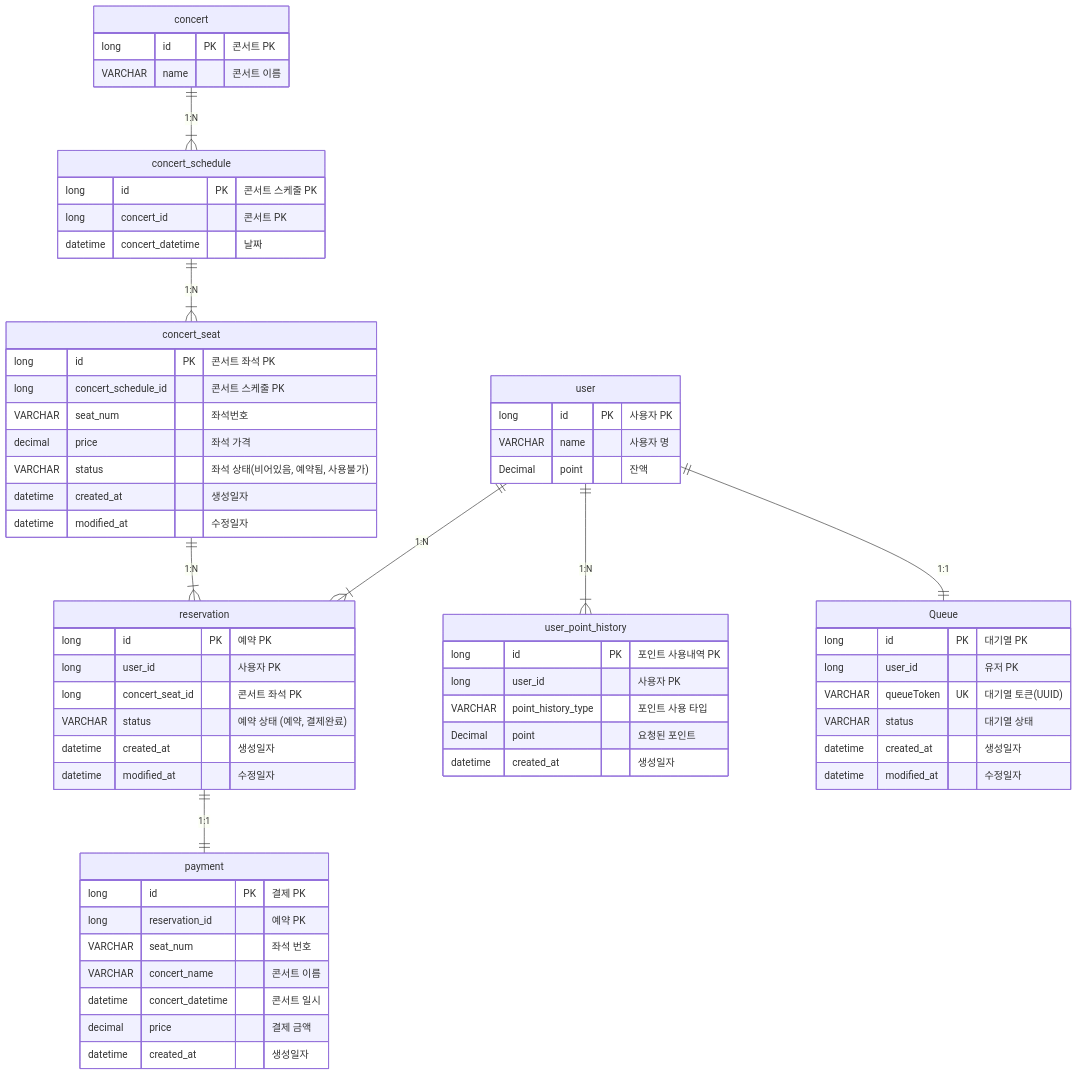
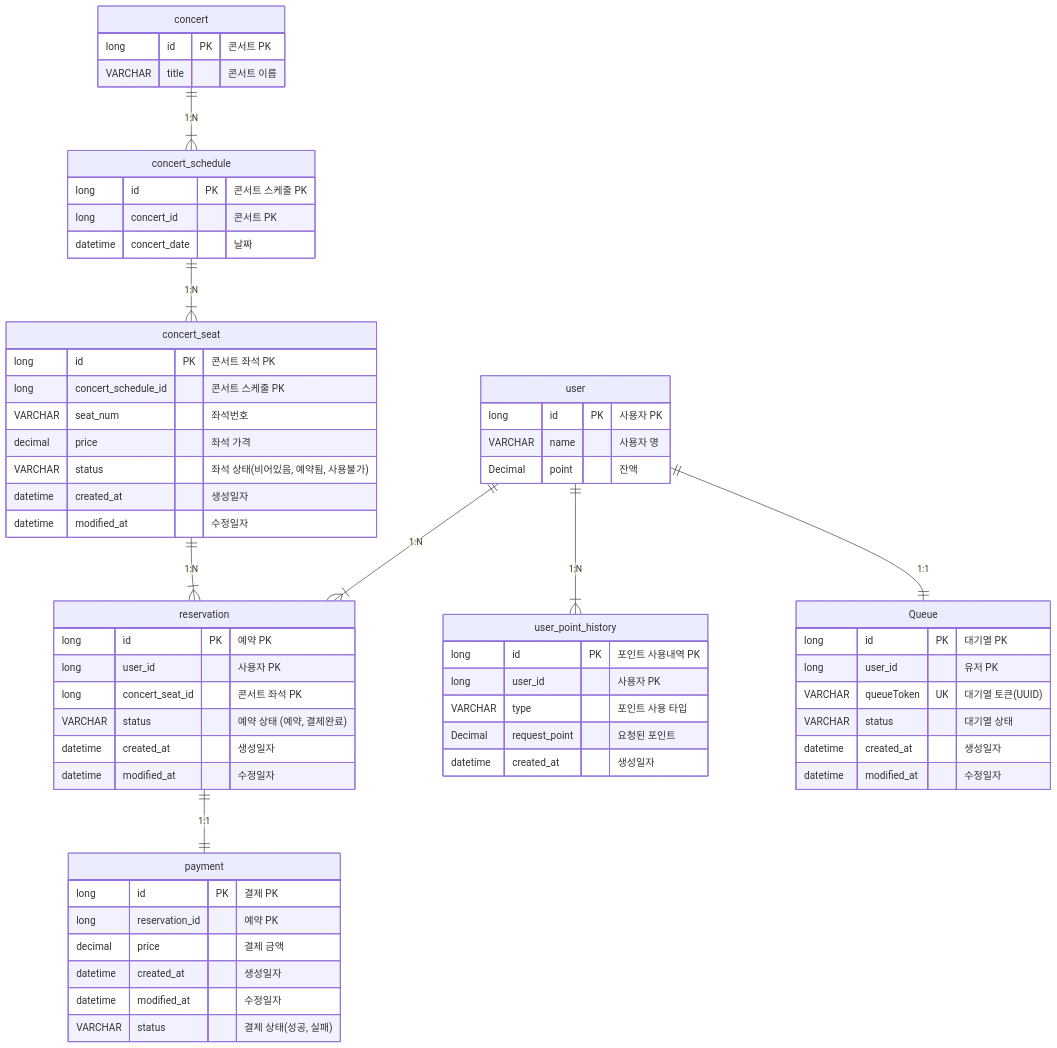
The diagram in README.md (wn1331/Concert-Reservation-Service), drawn with Mermaid before and after one commit. The commit also changed 1 other file, not shown here.

Commit message:
feat : ERD수정

````diff
--- a/README.md
+++ b/README.md
@@ -31,72 +31,71 @@
 ```mermaid
 erDiagram
     concert ||--|{ concert_schedule: "1:N"
     concert_schedule ||--|{ concert_seat: "1:N"
     concert_seat ||--|{ reservation: "1:N"
     user ||--|{ user_point_history: "1:N"
     user ||--|{ reservation: "1:N"
     user ||--|| Queue: "1:1"
     reservation ||--|| payment: "1:1"
 
     concert {
         long id PK "콘서트 PK"
-        VARCHAR name "콘서트 이름"
+        VARCHAR title "콘서트 이름"
     }
     concert_schedule {
         long id PK "콘서트 스케줄 PK"
         long concert_id "콘서트 PK"
-        datetime concert_datetime "날짜"
+        datetime concert_date "날짜"
     }
     concert_seat {
         long id PK "콘서트 좌석 PK"
         long concert_schedule_id "콘서트 스케줄 PK"
         VARCHAR seat_num "좌석번호"
         decimal price "좌석 가격"
         VARCHAR status "좌석 상태(비어있음, 예약됨, 사용불가)"
         datetime created_at "생성일자"
         datetime modified_at "수정일자"
     }
 
     user {
         long id PK "사용자 PK"
         VARCHAR name "사용자 명"
         Decimal point "잔액"
     }
 
     user_point_history {
         long id PK "포인트 사용내역 PK"
         long user_id "사용자 PK"
-        VARCHAR point_history_type "포인트 사용 타입"
-        Decimal point "요청된 포인트"
+        VARCHAR type "포인트 사용 타입"
+        Decimal request_point "요청된 포인트"
         datetime created_at "생성일자"
     }
 
     payment {
         long id PK "결제 PK"
         long reservation_id "예약 PK"
-        VARCHAR seat_num "좌석 번호"
-        VARCHAR concert_name "콘서트 이름"
-        datetime concert_datetime "콘서트 일시"
         decimal price "결제 금액"
         datetime created_at "생성일자"
+        datetime modified_at "수정일자"
+        VARCHAR status "결제 상태(성공, 실패)"
     }
 
     reservation {
         long id PK "예약 PK"
         long user_id "사용자 PK"
         long concert_seat_id "콘서트 좌석 PK"
         VARCHAR status "예약 상태 (예약, 결제완료)"
         datetime created_at "생성일자"
         datetime modified_at "수정일자"
     }
 
     Queue {
         long id PK "대기열 PK"
         long user_id "유저 PK"
         VARCHAR queueToken UK "대기열 토큰(UUID)"
         VARCHAR status "대기열 상태"
         datetime created_at "생성일자"
         datetime modified_at "수정일자"
     }
 
 ```
````
